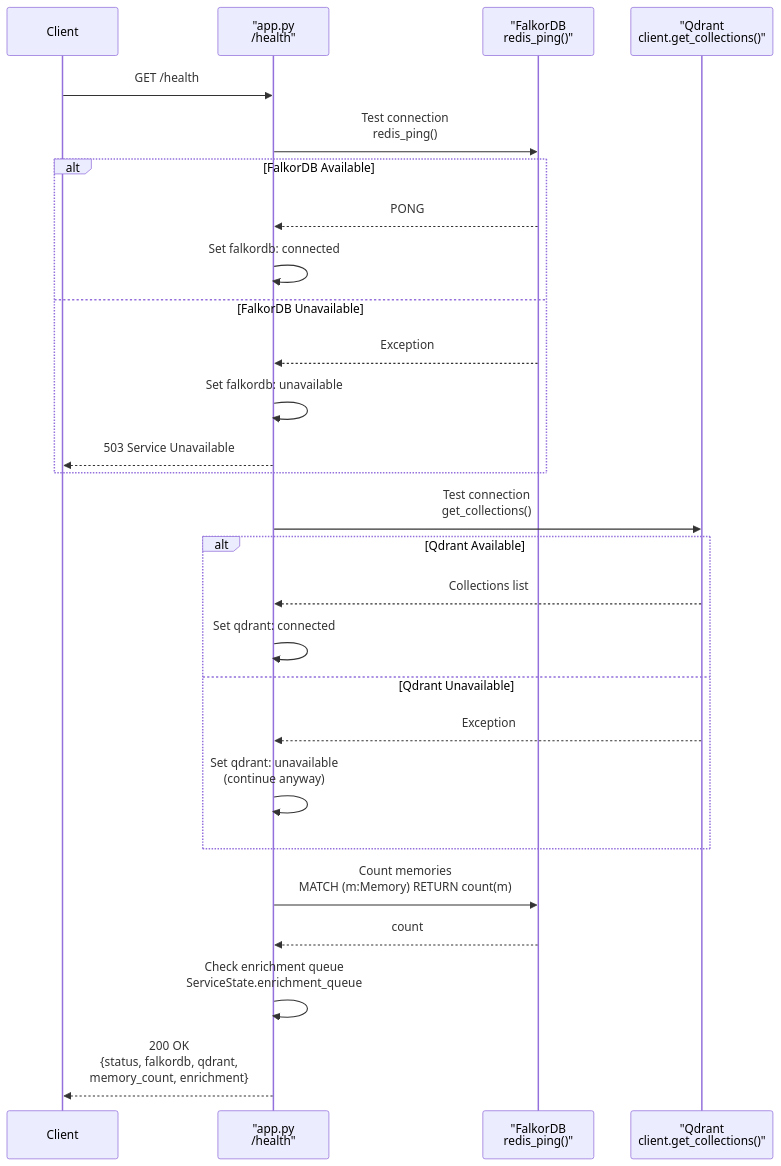
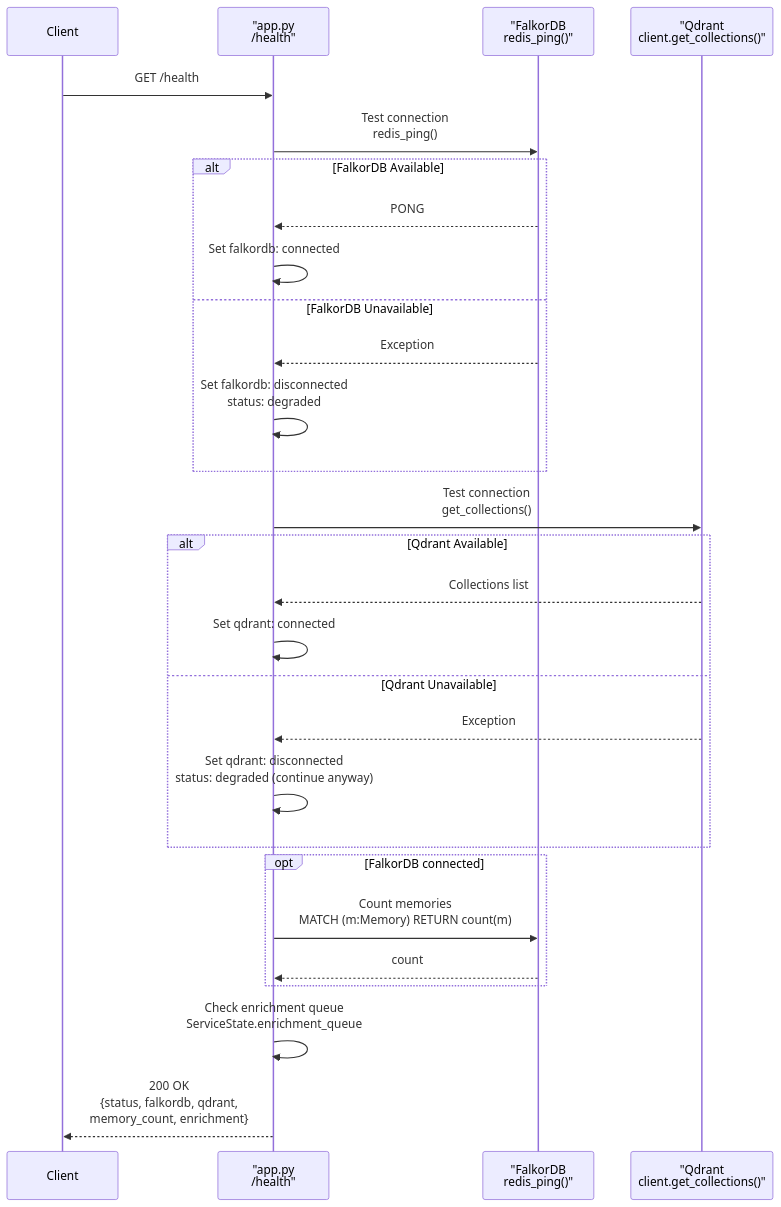
One commit to verygoodplugins/automem-website changed the second of 3 diagrams in src/content/docs/docs/deployment/railway.md. Above: the diagram before and after it, drawn with Mermaid. The commit also changed other lines of this file and 1 other file, not shown here.

Commit message:
docs: correct Railway deployment runtime and health check diagrams (#387)
Label the memory-service node as plain Flask (the image runs `python app.py`
and does not install Gunicorn). In the health check sequence diagram, drop the
503 branch and report failed backends as `disconnected` with `status:
degraded`, since the /health handler has no non-200 branch and only emits
`connected` or `disconnected`. The FalkorDB memory count is now optional in
the diagram because the handler only runs it when the graph is available.

````diff
--- a/src/content/docs/docs/deployment/railway.md
+++ b/src/content/docs/docs/deployment/railway.md
@@ -197,35 +197,36 @@
 ```mermaid
 sequenceDiagram
     participant Client
     participant API as "app.py<br/>/health"
     participant Falkor as "FalkorDB<br/>redis_ping()"
     participant Qdrant as "Qdrant<br/>client.get_collections()"
 
     Client->>API: GET /health
 
     API->>Falkor: Test connection<br/>redis_ping()
     alt FalkorDB Available
         Falkor-->>API: PONG
         API->>API: Set falkordb: connected
     else FalkorDB Unavailable
         Falkor-->>API: Exception
-        API->>API: Set falkordb: unavailable
-        API-->>Client: 503 Service Unavailable
+        API->>API: Set falkordb: disconnected<br/>status: degraded
     end
 
     API->>Qdrant: Test connection<br/>get_collections()
     alt Qdrant Available
         Qdrant-->>API: Collections list
         API->>API: Set qdrant: connected
     else Qdrant Unavailable
         Qdrant-->>API: Exception
-        API->>API: Set qdrant: unavailable<br/>(continue anyway)
+        API->>API: Set qdrant: disconnected<br/>status: degraded (continue anyway)
     end
 
-    API->>Falkor: Count memories<br/>MATCH (m:Memory) RETURN count(m)
-    Falkor-->>API: count
+    opt FalkorDB connected
+        API->>Falkor: Count memories<br/>MATCH (m:Memory) RETURN count(m)
+        Falkor-->>API: count
+    end
 
     API->>API: Check enrichment queue<br/>ServiceState.enrichment_queue
 
     API-->>Client: 200 OK<br/>{status, falkordb, qdrant,<br/>memory_count, enrichment}
 ```
````
